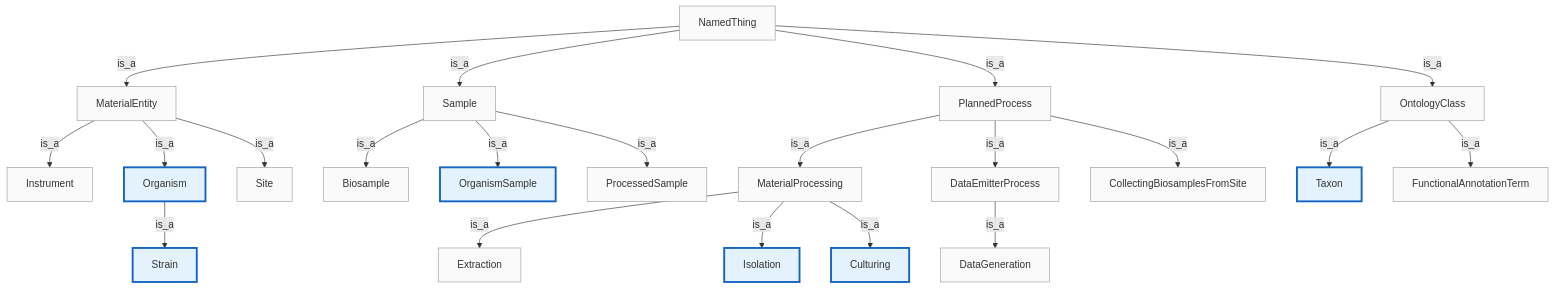
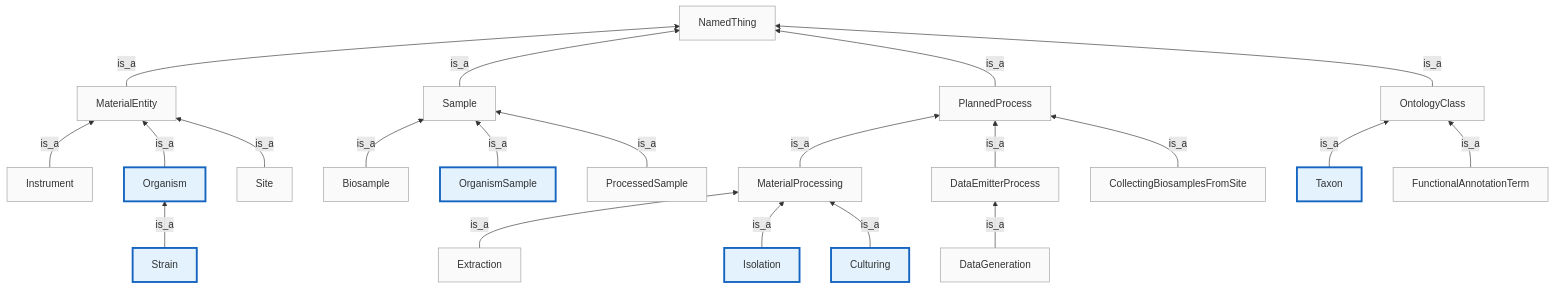
The diagram in src/docs/images/class-hierarchy.mmd (microbiomedata/nmdc-schema), drawn with Mermaid before and after one commit. The commit also changed 1 other file, not shown here.

```diff
--- a/src/docs/images/class-hierarchy.mmd
+++ b/src/docs/images/class-hierarchy.mmd
@@ -1,59 +1,53 @@
-graph TD
-    NT[NamedThing]
-    ME[MaterialEntity]
-    S[Sample]
-    PP[PlannedProcess]
-    OC[OntologyClass]
+graph BT
+    ME -->|is_a| NT[NamedThing]
+    S -->|is_a| NT
+    PP -->|is_a| NT
+    OC -->|is_a| NT
 
-    NT -->|is_a| ME
-    NT -->|is_a| S
-    NT -->|is_a| PP
-    NT -->|is_a| OC
+    Instrument -->|is_a| ME[MaterialEntity]
+    Organism -->|is_a| ME
+    Site -->|is_a| ME
 
-    ME -->|is_a| Instrument
-    ME -->|is_a| Organism
-    ME -->|is_a| Site
+    Strain -->|is_a| Organism
 
-    Organism -->|is_a| Strain
+    Biosample -->|is_a| S[Sample]
+    OrganismSample -->|is_a| S
+    ProcessedSample -->|is_a| S
 
-    S -->|is_a| Biosample
-    S -->|is_a| OrganismSample
-    S -->|is_a| ProcessedSample
+    MP[MaterialProcessing] -->|is_a| PP[PlannedProcess]
+    DEP[DataEmitterProcess] -->|is_a| PP
+    CBFS[CollectingBiosamplesFromSite] -->|is_a| PP
 
-    PP -->|is_a| MP[MaterialProcessing]
-    PP -->|is_a| DEP[DataEmitterProcess]
-    PP -->|is_a| CBFS[CollectingBiosamplesFromSite]
+    Extraction -->|is_a| MP
+    Isolation -->|is_a| MP
+    Culturing -->|is_a| MP
 
-    MP -->|is_a| Extraction
-    MP -->|is_a| Isolation
-    MP -->|is_a| Culturing
+    DataGeneration -->|is_a| DEP
 
-    DEP -->|is_a| DataGeneration
-
-    OC -->|is_a| Taxon
-    OC -->|is_a| FAT[FunctionalAnnotationTerm]
+    Taxon -->|is_a| OC[OntologyClass]
+    FAT[FunctionalAnnotationTerm] -->|is_a| OC
 
     %% New in this PR
     style Organism fill:#e3f2fd,stroke:#1565c0,stroke-width:3px
     style Strain fill:#e3f2fd,stroke:#1565c0,stroke-width:3px
     style OrganismSample fill:#e3f2fd,stroke:#1565c0,stroke-width:3px
     style Isolation fill:#e3f2fd,stroke:#1565c0,stroke-width:3px
     style Culturing fill:#e3f2fd,stroke:#1565c0,stroke-width:3px
     style Taxon fill:#e3f2fd,stroke:#1565c0,stroke-width:3px
 
     %% Existing
     style NT fill:#fafafa,stroke:#9e9e9e
     style ME fill:#fafafa,stroke:#9e9e9e
     style S fill:#fafafa,stroke:#9e9e9e
     style PP fill:#fafafa,stroke:#9e9e9e
     style OC fill:#fafafa,stroke:#9e9e9e
     style Instrument fill:#fafafa,stroke:#9e9e9e
     style Site fill:#fafafa,stroke:#9e9e9e
     style Biosample fill:#fafafa,stroke:#9e9e9e
     style ProcessedSample fill:#fafafa,stroke:#9e9e9e
     style MP fill:#fafafa,stroke:#9e9e9e
     style DEP fill:#fafafa,stroke:#9e9e9e
     style CBFS fill:#fafafa,stroke:#9e9e9e
     style Extraction fill:#fafafa,stroke:#9e9e9e
     style DataGeneration fill:#fafafa,stroke:#9e9e9e
     style FAT fill:#fafafa,stroke:#9e9e9e
```
